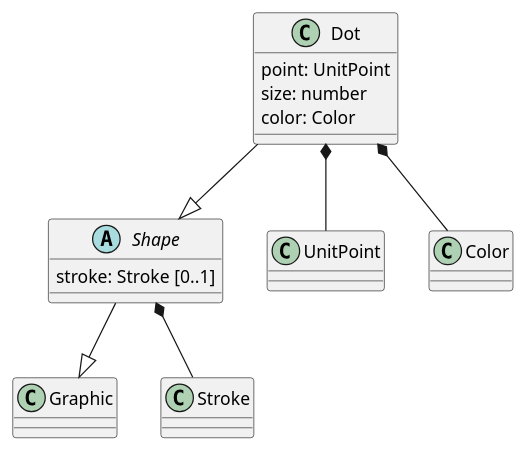
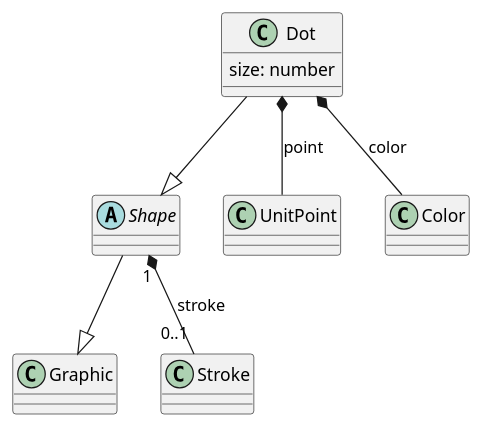
The eighth of 10 diagrams in 1-core/sections/clause_8_vector.adoc (opengeospatial/cartographic-symbology), drawn with PlantUML before and after one commit. The commit also changed other lines of this file and 2 other files, not shown here.

Commit message:
Vector, coverage and labeling UML: show the listed properties as associations only

```diff
--- a/1-core/sections/clause_8_vector.adoc
+++ b/1-core/sections/clause_8_vector.adoc
@@ -294,16 +286,13 @@
 [plantuml, target=diagram-classes, format=png]
 ....
 @startuml
 Dot --|> Shape
-Dot : point: UnitPoint
 Dot : size: number
-Dot : color: Color
-Dot *-- UnitPoint
-Dot *-- Color
+Dot *-- UnitPoint : point
+Dot *-- Color : color
 
 abstract class Shape
 Shape --|> Graphic
-Shape : stroke: Stroke [0..1]
-Shape *-- Stroke
+Shape "1" *-- "0..1" Stroke : stroke
 @enduml
 ....
```
